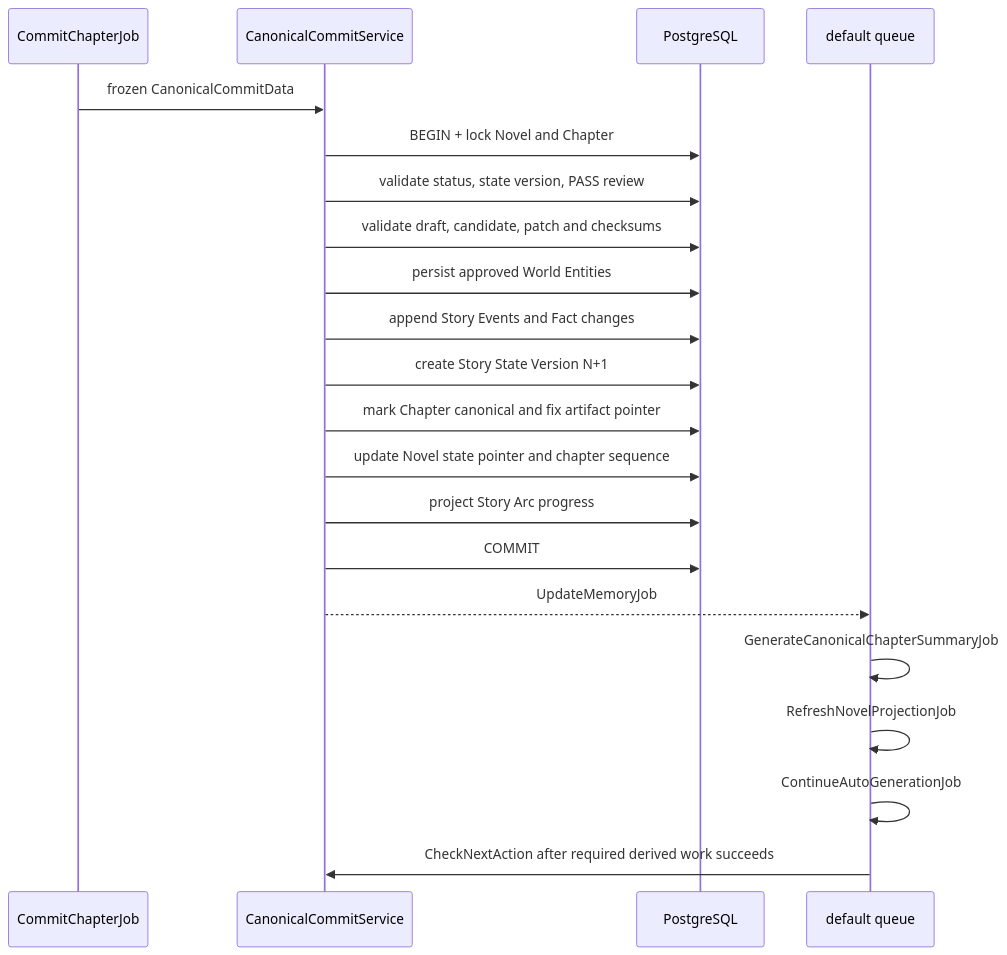
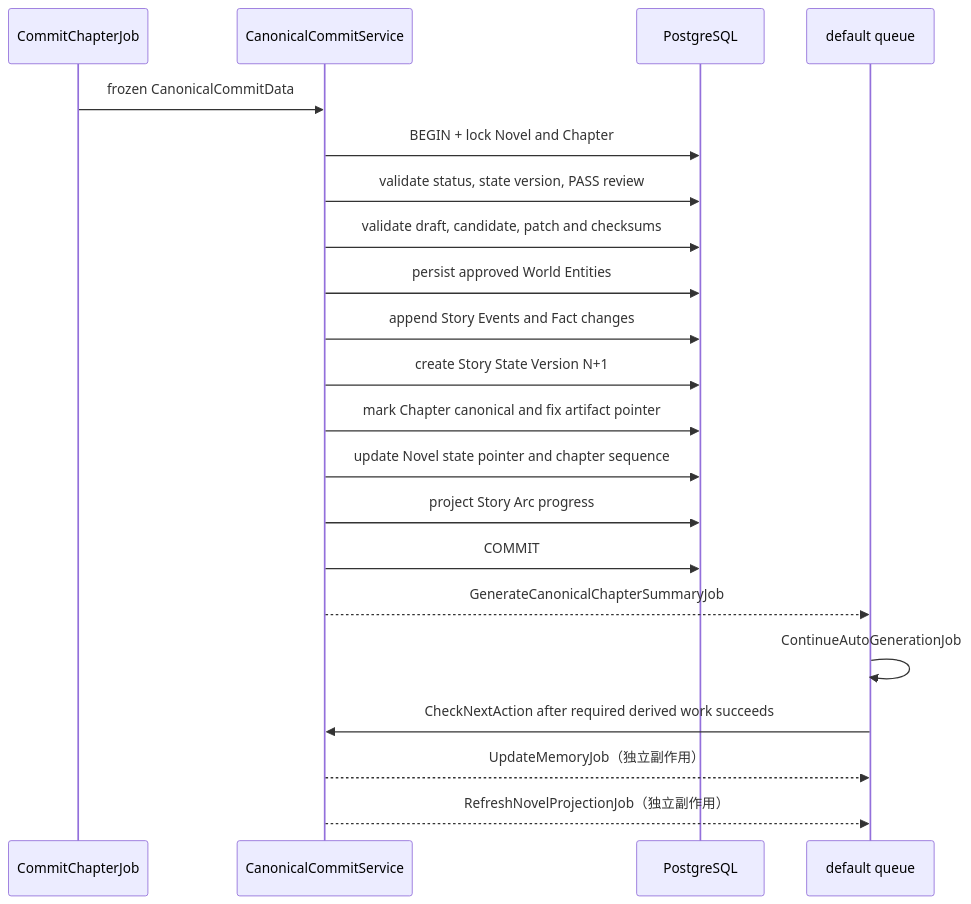
One commit to echo-666999/x_novel changed the fifth of 7 diagrams in docs/architecture/novel-lifecycle-and-project-core.md. Above: the diagram before and after it, drawn with Mermaid. The commit also changed other lines of this file and 70 other files, not shown here.

````diff
--- a/docs/architecture/novel-lifecycle-and-project-core.md
+++ b/docs/architecture/novel-lifecycle-and-project-core.md
@@ -399,24 +399,24 @@
 ```mermaid
 sequenceDiagram
     participant Job as CommitChapterJob
     participant Commit as CanonicalCommitService
     participant DB as PostgreSQL
     participant Queue as default queue
 
     Job->>Commit: frozen CanonicalCommitData
     Commit->>DB: BEGIN + lock Novel and Chapter
     Commit->>DB: validate status, state version, PASS review
     Commit->>DB: validate draft, candidate, patch and checksums
     Commit->>DB: persist approved World Entities
     Commit->>DB: append Story Events and Fact changes
     Commit->>DB: create Story State Version N+1
     Commit->>DB: mark Chapter canonical and fix artifact pointer
     Commit->>DB: update Novel state pointer and chapter sequence
     Commit->>DB: project Story Arc progress
     Commit->>DB: COMMIT
-    Commit-->>Queue: UpdateMemoryJob
-    Queue->>Queue: GenerateCanonicalChapterSummaryJob
-    Queue->>Queue: RefreshNovelProjectionJob
+    Commit-->>Queue: GenerateCanonicalChapterSummaryJob
     Queue->>Queue: ContinueAutoGenerationJob
     Queue->>Commit: CheckNextAction after required derived work succeeds
+    Commit-->>Queue: UpdateMemoryJob（独立副作用）
+    Commit-->>Queue: RefreshNovelProjectionJob（独立副作用）
 ```
````
